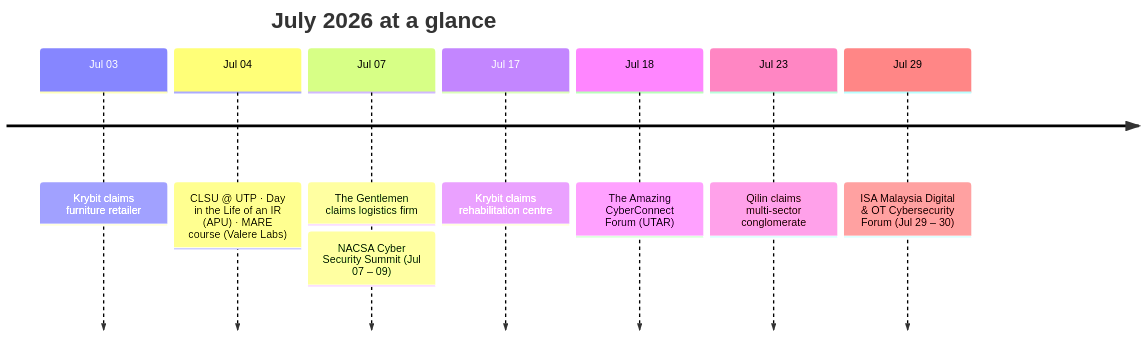
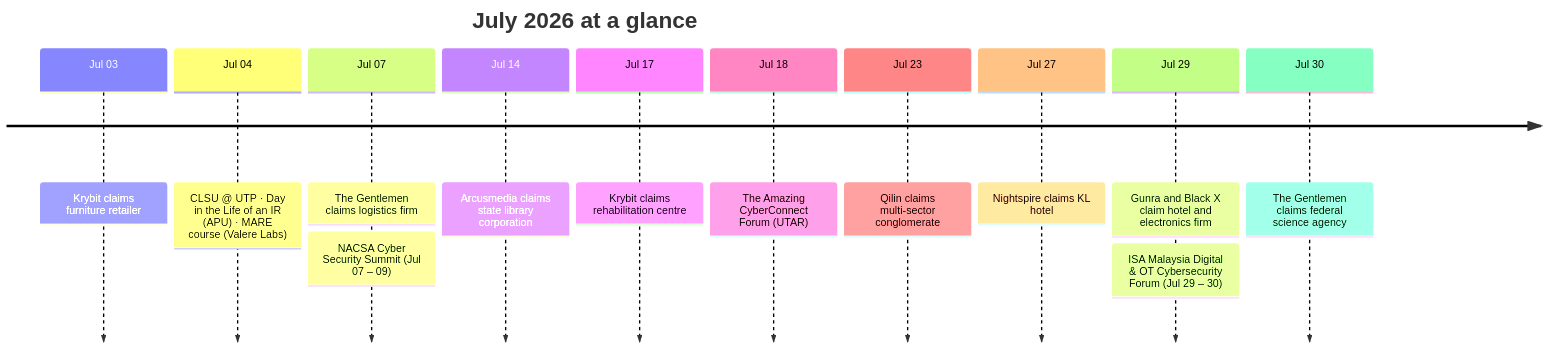
One commit to rectifyq/site changed the diagram in content/my-threat-landscape/radar/2026-07.md. Above: the diagram before and after it, drawn with Mermaid. The commit also changed other lines of this file and 4 other files, not shown here.

````diff
--- a/content/my-threat-landscape/radar/2026-07.md
+++ b/content/my-threat-landscape/radar/2026-07.md
@@ -78,12 +83,16 @@
 ```mermaid
 timeline
     title July 2026 at a glance
     Jul 03 : Krybit claims furniture retailer
     Jul 04 : CLSU @ UTP · Day in the Life of an IR (APU) · MARE course (Valere Labs)
     Jul 07 : The Gentlemen claims logistics firm
            : NACSA Cyber Security Summit (Jul 07 – 09)
+    Jul 14 : Arcusmedia claims state library corporation
     Jul 17 : Krybit claims rehabilitation centre
     Jul 18 : The Amazing CyberConnect Forum (UTAR)
     Jul 23 : Qilin claims multi-sector conglomerate
-    Jul 29 : ISA Malaysia Digital & OT Cybersecurity Forum (Jul 29 – 30)
+    Jul 27 : Nightspire claims KL hotel
+    Jul 29 : Gunra and Black X claim hotel and electronics firm
+           : ISA Malaysia Digital & OT Cybersecurity Forum (Jul 29 – 30)
+    Jul 30 : The Gentlemen claims federal science agency
 ```
````
